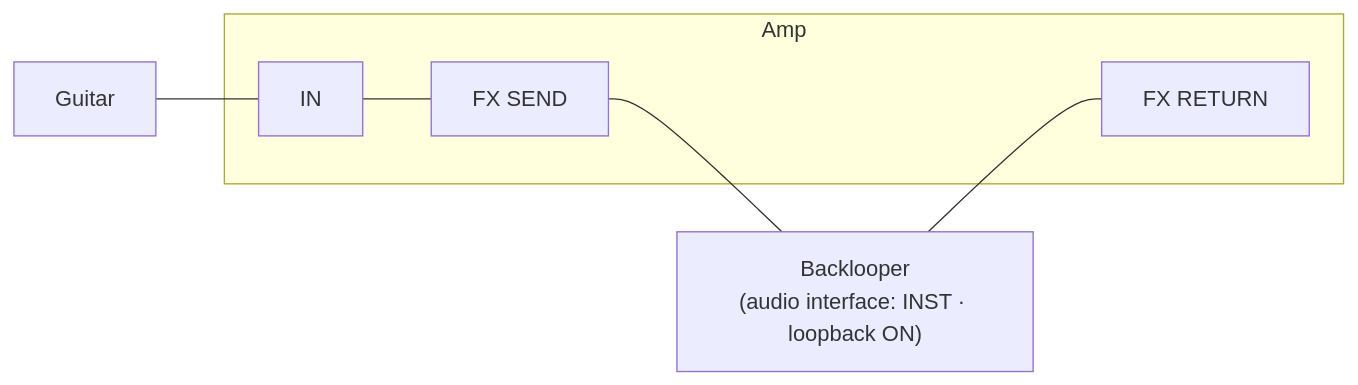
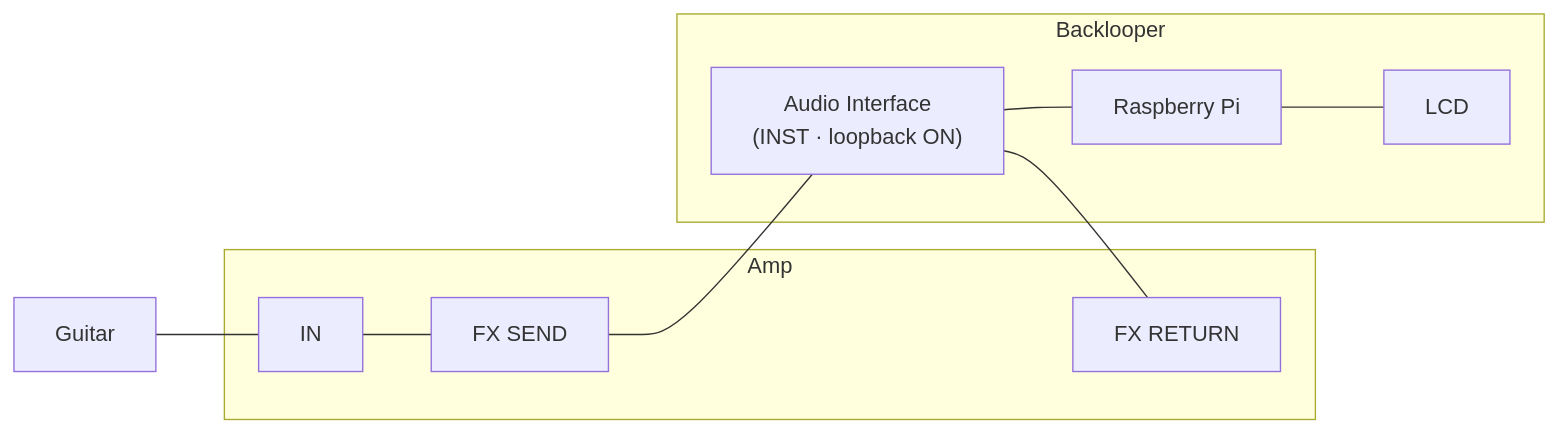
The diagram in README.md (spmvg/backlooper_backend), drawn with Mermaid before and after one commit.

Commit message:
diagram [feature/run-on-rpi5]

````diff
--- a/README.md
+++ b/README.md
@@ -3,12 +3,20 @@
 ```mermaid
 flowchart LR
     Guitar --- AmpIN
 
     subgraph Amp["Amp"]
         AmpIN["IN"] --- FX_SEND["FX SEND"]
         FX_RETURN["FX RETURN"]
     end
 
-    FX_SEND --- BL["Backlooper\n(audio interface: INST · loopback ON)"]
-    BL --- FX_RETURN
+    subgraph Backlooper["Backlooper"]
+        AI["Audio Interface\n(INST · loopback ON)"]
+        Pi["Raspberry Pi"]
+        LCD["LCD"]
+        Pi --- LCD
+    end
+
+    FX_SEND --- AI
+    AI --- Pi
+    AI --- FX_RETURN
 ```
````
